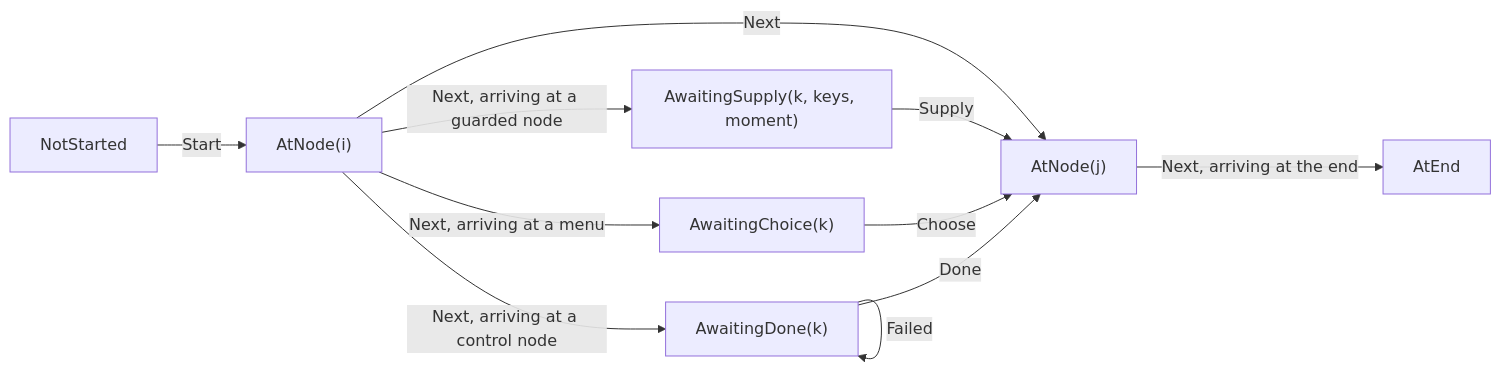
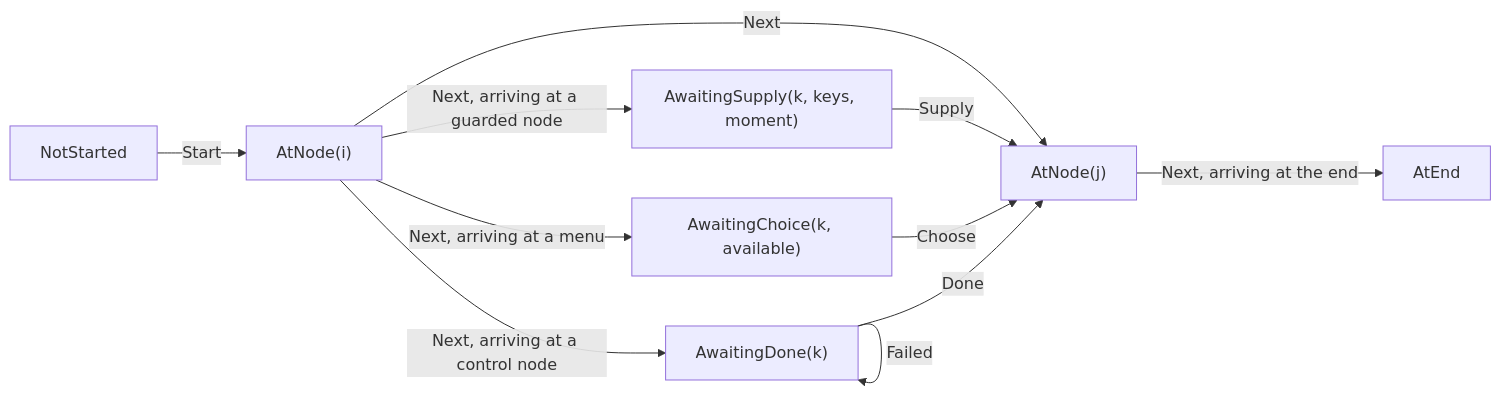
The first of 2 diagrams in docs/contributing/design-notes/runtime/Runner.md (pengzhengyi/dialoguedown), drawn with Mermaid before and after one commit. The commit also changed other lines of this file and 68 other files, not shown here.

````diff
--- a/docs/contributing/design-notes/runtime/Runner.md
+++ b/docs/contributing/design-notes/runtime/Runner.md
@@ -80,13 +80,13 @@
 ```mermaid
 flowchart LR
     NS["NotStarted"] -->|Start| AT["AtNode(i)"]
     AT -->|Next| AT2["AtNode(j)"]
     AT -->|"Next, arriving at a guarded node"| AS["AwaitingSupply(k, keys, moment)"]
-    AT -->|"Next, arriving at a menu"| AC["AwaitingChoice(k)"]
+    AT -->|"Next, arriving at a menu"| AC["AwaitingChoice(k, available)"]
     AT -->|"Next, arriving at a control node"| AD["AwaitingDone(k)"]
     AS -->|Supply| AT2
     AC -->|Choose| AT2
     AD -->|Done| AT2
     AD -->|Failed| AD
     AT2 -->|"Next, arriving at the end"| END["AtEnd"]
 ```
````
